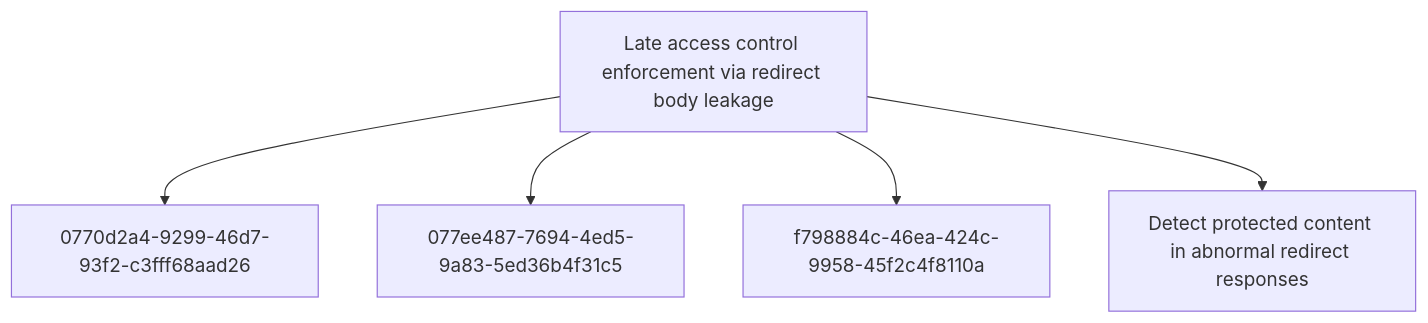
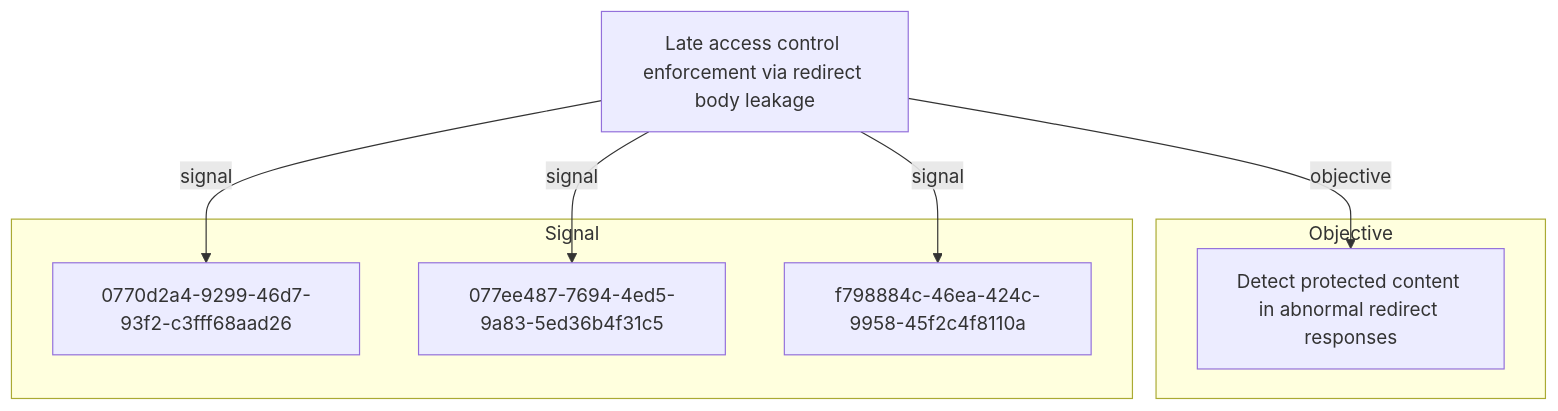
Before and after one commit to opentidehq/library: the diagram in docs/threats/late-access-control-enforcement-via-redirect-body-leakage.md, drawn with Mermaid. The commit also changed other lines of this file and 277 other files, not shown here.

````diff
--- a/docs/threats/late-access-control-enforcement-via-redirect-body-leakage.md
+++ b/docs/threats/late-access-control-enforcement-via-redirect-body-leakage.md
@@ -45,12 +83,16 @@
 ```mermaid
 flowchart TB
-0663c192_cdeb_49a2_994c_4cc8e98f764e["Late access control enforcement via redirect body leakage"]
+subgraph "Objective"
+f8a95fcf_c5b0_4db0_bb8b_78e4edaa0544["Detect protected content in abnormal redirect responses"]
+end
+subgraph "Signal"
 0770d2a4_9299_46d7_93f2_c3fff68aad26["0770d2a4-9299-46d7-93f2-c3fff68aad26"]
 077ee487_7694_4ed5_9a83_5ed36b4f31c5["077ee487-7694-4ed5-9a83-5ed36b4f31c5"]
 f798884c_46ea_424c_9958_45f2c4f8110a["f798884c-46ea-424c-9958-45f2c4f8110a"]
-f8a95fcf_c5b0_4db0_bb8b_78e4edaa0544["Detect protected content in abnormal redirect responses"]
-0663c192_cdeb_49a2_994c_4cc8e98f764e --> 0770d2a4_9299_46d7_93f2_c3fff68aad26
-0663c192_cdeb_49a2_994c_4cc8e98f764e --> 077ee487_7694_4ed5_9a83_5ed36b4f31c5
-0663c192_cdeb_49a2_994c_4cc8e98f764e --> f798884c_46ea_424c_9958_45f2c4f8110a
-0663c192_cdeb_49a2_994c_4cc8e98f764e --> f8a95fcf_c5b0_4db0_bb8b_78e4edaa0544
+end
+0663c192_cdeb_49a2_994c_4cc8e98f764e["Late access control enforcement via redirect body leakage"]
+0663c192_cdeb_49a2_994c_4cc8e98f764e -->|objective| f8a95fcf_c5b0_4db0_bb8b_78e4edaa0544
+0663c192_cdeb_49a2_994c_4cc8e98f764e -->|signal| 0770d2a4_9299_46d7_93f2_c3fff68aad26
+0663c192_cdeb_49a2_994c_4cc8e98f764e -->|signal| 077ee487_7694_4ed5_9a83_5ed36b4f31c5
+0663c192_cdeb_49a2_994c_4cc8e98f764e -->|signal| f798884c_46ea_424c_9958_45f2c4f8110a
 ```
````
